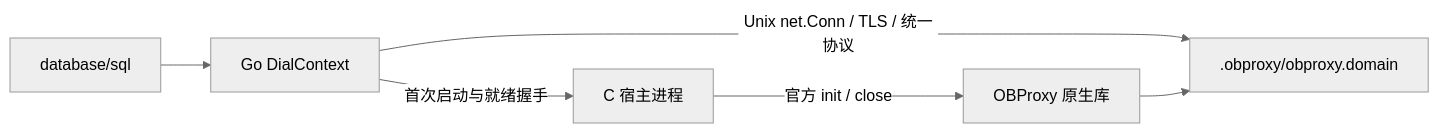
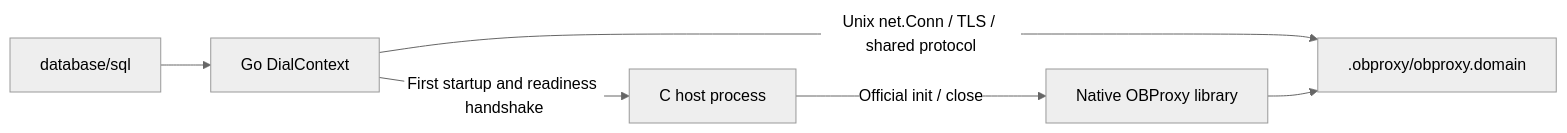
The second of 2 diagrams in docs/go-driver-architecture-design.md (cocosip/go-oceanbase), drawn with Mermaid (neutral theme) before and after one commit. The commit also changed other lines of this file and 10 other files, not shown here.

````diff
--- a/docs/go-driver-architecture-design.md
+++ b/docs/go-driver-architecture-design.md
@@ -421,8 +421,8 @@
 ```mermaid
 flowchart LR
     DB[database/sql] --> Dial[Go DialContext]
-    Dial -->|首次启动与就绪握手| Host[C 宿主进程]
-    Host -->|官方 init / close| Native[OBProxy 原生库]
-    Dial -->|Unix net.Conn / TLS / 统一协议| Socket[.obproxy/obproxy.domain]
+    Dial -->|First startup and readiness handshake| Host[C host process]
+    Host -->|Official init / close| Native[Native OBProxy library]
+    Dial -->|Unix net.Conn / TLS / shared protocol| Socket[.obproxy/obproxy.domain]
     Native --> Socket
 ```
````
